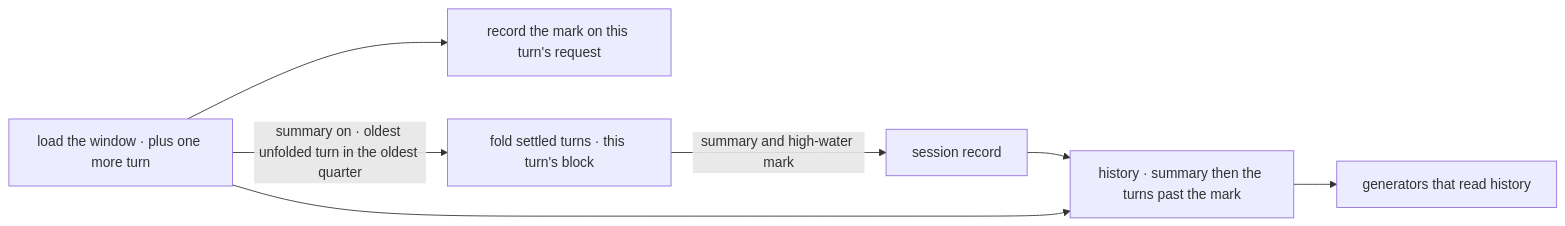
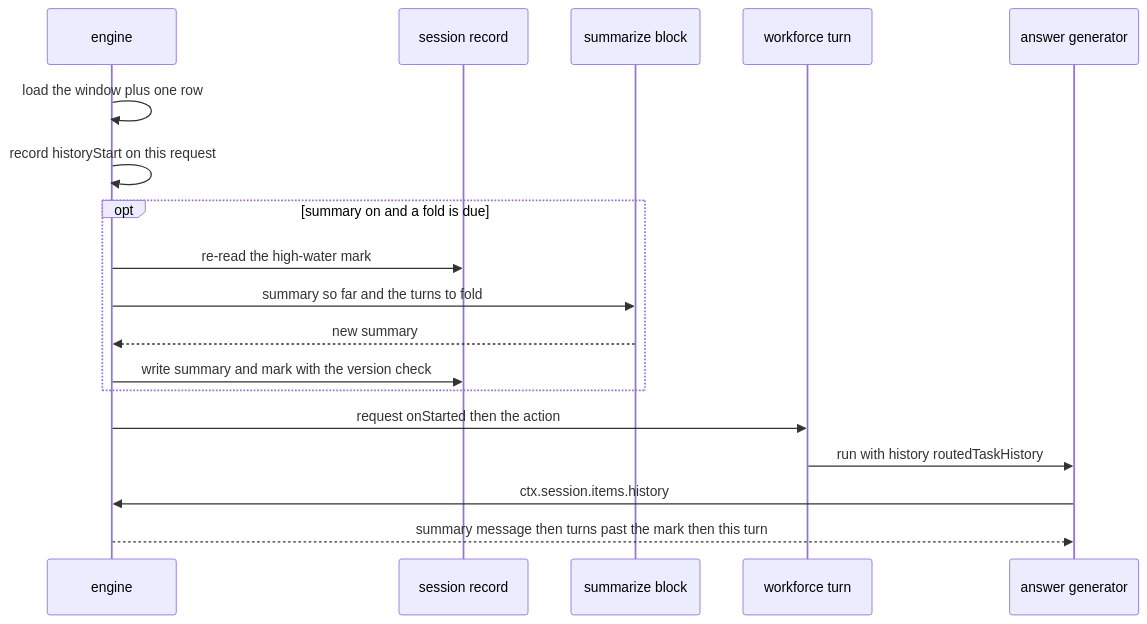
One commit to fixpoint-labs/flow-state-dev changed the second of 2 diagrams in specs/issues/FIX-1613/SPEC.md. Above: the diagram before and after it, drawn with Mermaid. The commit also changed other lines of this file, not shown here.

First line of the commit message:
spec(FIX-1613): show the blocks and how the session and agent flow run them

````diff
--- a/specs/issues/FIX-1613/SPEC.md
+++ b/specs/issues/FIX-1613/SPEC.md
@@ -104,9 +177,20 @@
 ```mermaid
-flowchart LR
-  L["load the window · plus one more turn"] --> M["record the mark on this turn's request"]
-  L -->|"summary on · oldest unfolded turn in the oldest quarter"| S["fold settled turns · this turn's block"]
-  S -->|"summary and high-water mark"| R["session record"]
-  R --> H["history · summary then the turns past the mark"]
-  L --> H
-  H --> G["generators that read history"]
+sequenceDiagram
+  participant E as engine
+  participant S as session record
+  participant B as summarize block
+  participant W as workforce turn
+  participant G as answer generator
+  E->>E: load the window plus one row
+  E->>E: record historyStart on this request
+  opt summary on and a fold is due
+    E->>S: re-read the high-water mark
+    E->>B: summary so far and the turns to fold
+    B-->>E: new summary
+    E->>S: write summary and mark with the version check
+  end
+  E->>W: request onStarted then the action
+  W->>G: run with history routedTaskHistory
+  G->>E: ctx.session.items.history
+  E-->>G: summary message then turns past the mark then this turn
 ```
````
